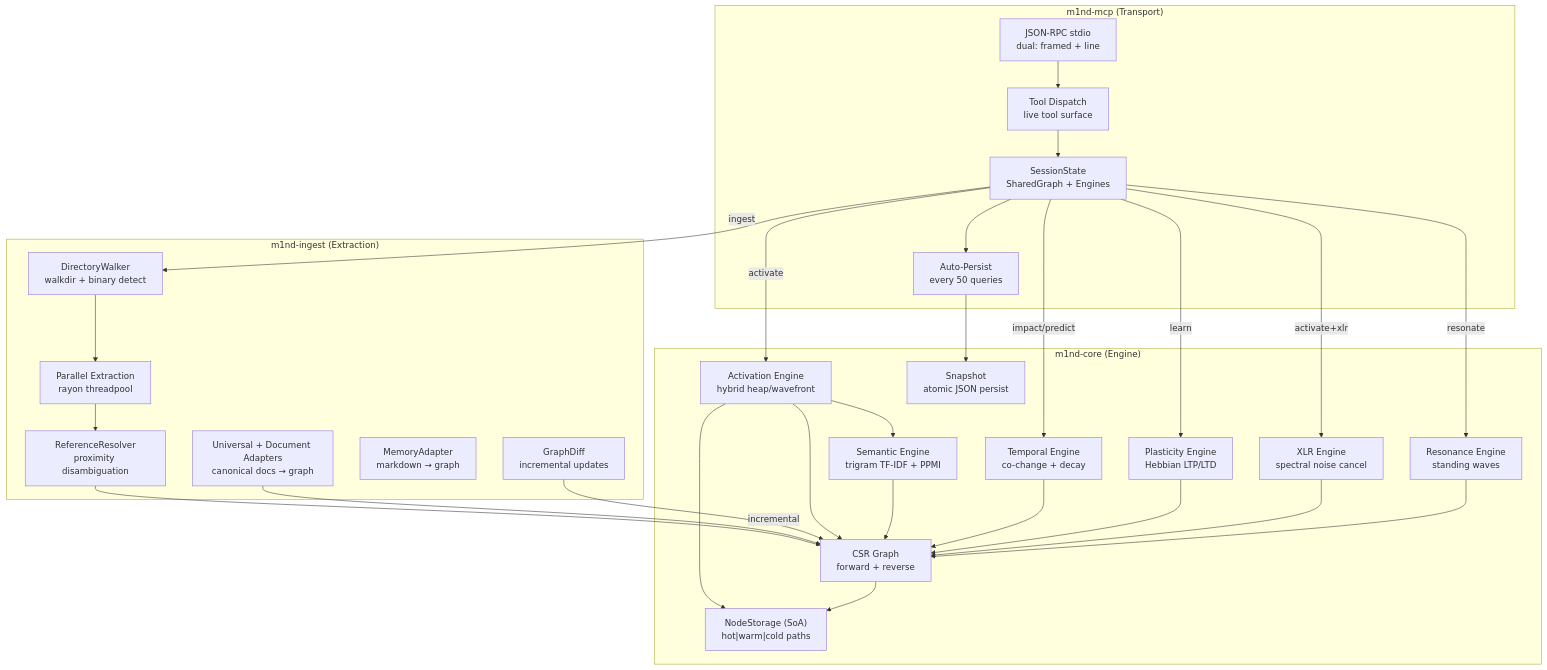
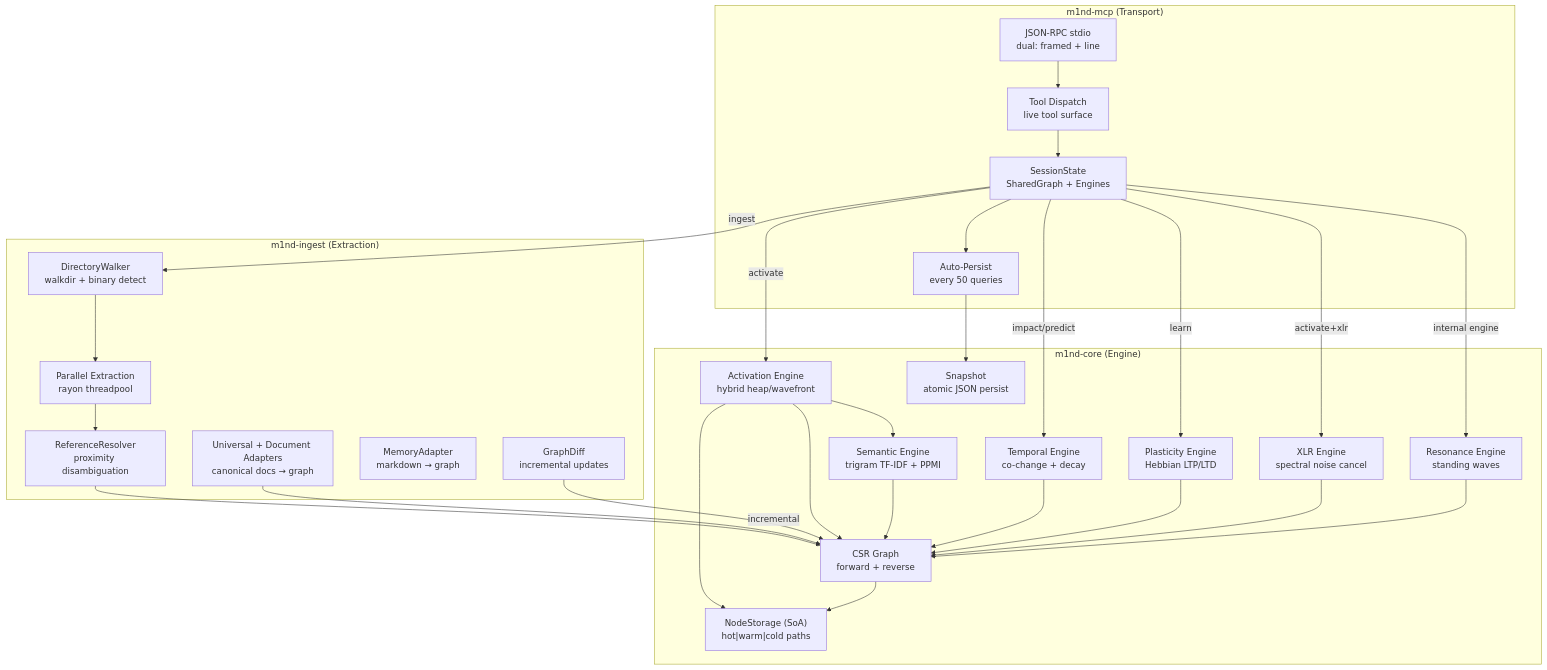
The diagram in docs/wiki/src/architecture/overview.md (maxkle1nz/m1nd), drawn with Mermaid before and after one commit. The commit also changed other lines of this file and 32 other files, not shown here.

````diff
--- a/docs/wiki/src/architecture/overview.md
+++ b/docs/wiki/src/architecture/overview.md
@@ -44,58 +46,58 @@
 ```mermaid
 graph TD
     subgraph "m1nd-mcp (Transport)"
         STDIO["JSON-RPC stdio<br/>dual: framed + line"]
         DISPATCH["Tool Dispatch<br/>live tool surface"]
         SESSION["SessionState<br/>SharedGraph + Engines"]
         PERSIST["Auto-Persist<br/>every 50 queries"]
     end
 
     subgraph "m1nd-ingest (Extraction)"
         WALK["DirectoryWalker<br/>walkdir + binary detect"]
         EXTRACT["Parallel Extraction<br/>rayon threadpool"]
         RESOLVE["ReferenceResolver<br/>proximity disambiguation"]
         DIFF["GraphDiff<br/>incremental updates"]
         MEMORY["MemoryAdapter<br/>markdown → graph"]
         UNIVERSAL["Universal + Document Adapters<br/>canonical docs → graph"]
     end
 
     subgraph "m1nd-core (Engine)"
         GRAPH["CSR Graph<br/>forward + reverse"]
         NODES["NodeStorage (SoA)<br/>hot|warm|cold paths"]
         ACT["Activation Engine<br/>hybrid heap/wavefront"]
         SEM["Semantic Engine<br/>trigram TF-IDF + PPMI"]
         TEMP["Temporal Engine<br/>co-change + decay"]
         PLAST["Plasticity Engine<br/>Hebbian LTP/LTD"]
         XLR["XLR Engine<br/>spectral noise cancel"]
         RES["Resonance Engine<br/>standing waves"]
         SNAP["Snapshot<br/>atomic JSON persist"]
     end
 
     STDIO --> DISPATCH
     DISPATCH --> SESSION
     SESSION --> PERSIST
     PERSIST --> SNAP
 
     SESSION -->|ingest| WALK
     WALK --> EXTRACT
     EXTRACT --> RESOLVE
     RESOLVE --> GRAPH
     UNIVERSAL --> GRAPH
     DIFF -->|incremental| GRAPH
 
     SESSION -->|activate| ACT
     SESSION -->|impact/predict| TEMP
     SESSION -->|learn| PLAST
     SESSION -->|activate+xlr| XLR
-    SESSION -->|resonate| RES
+    SESSION -->|internal engine| RES
 
     ACT --> GRAPH
     ACT --> SEM
     ACT --> NODES
     SEM --> GRAPH
     TEMP --> GRAPH
     PLAST --> GRAPH
     XLR --> GRAPH
     RES --> GRAPH
     GRAPH --> NODES
 ```
````
